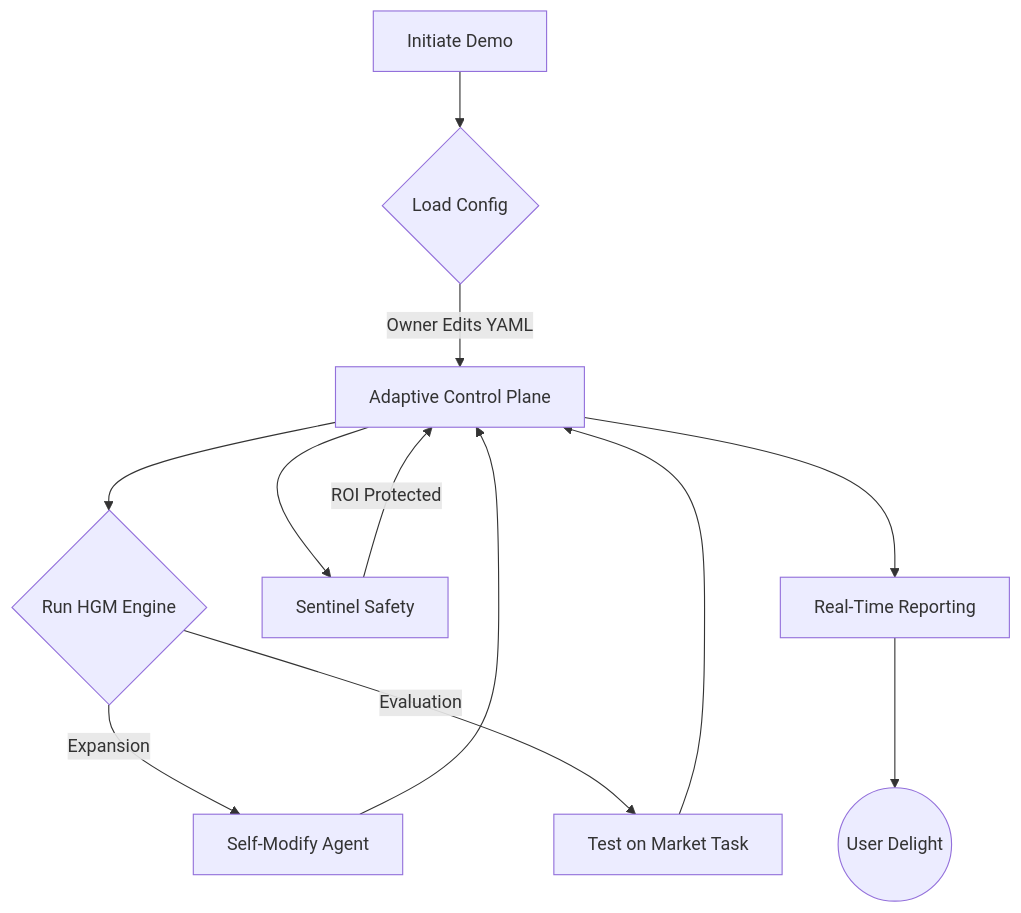
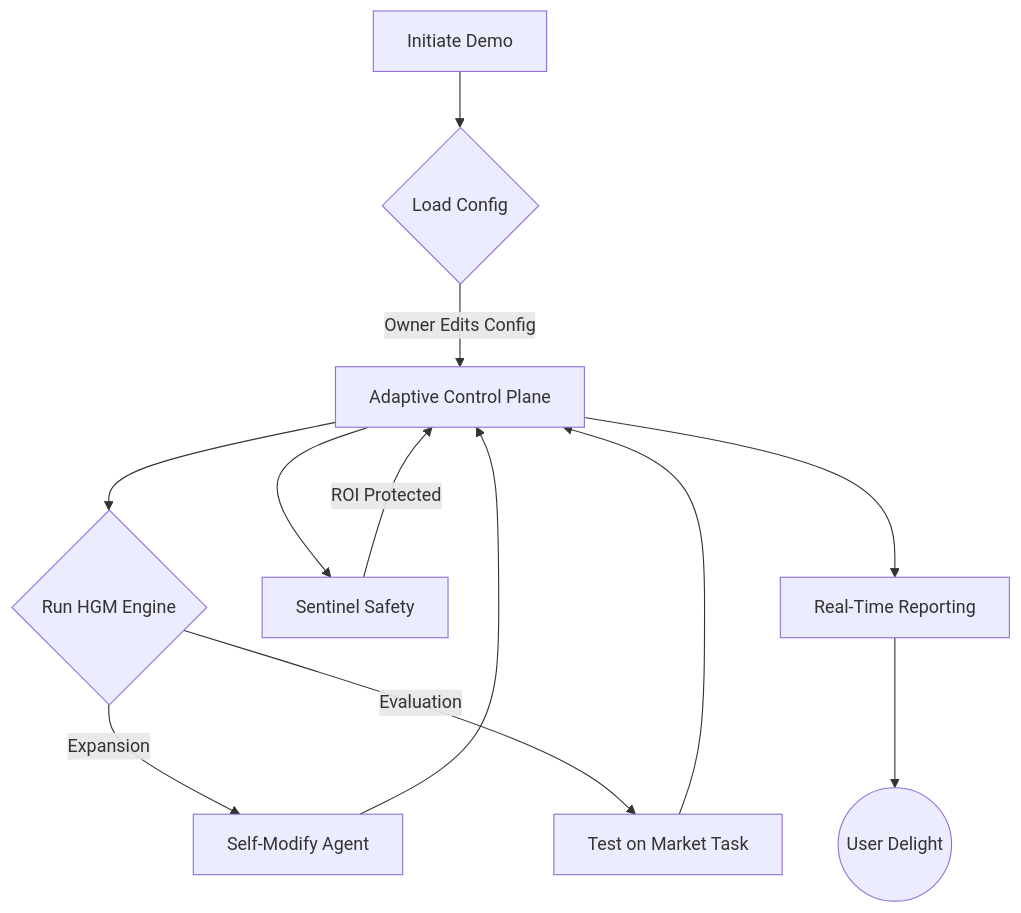
Before and after one commit to MontrealAI/AGIJobsv0: the first of 2 diagrams in demo/Huxley-Godel-Machine-v0/README.md, drawn with Mermaid. The commit also changed other lines of this file and 5 other files, not shown here.

Commit message:
Use JSON config to avoid optional PyYAML dependency

````diff
--- a/demo/Huxley-Godel-Machine-v0/README.md
+++ b/demo/Huxley-Godel-Machine-v0/README.md
@@ -11,14 +11,14 @@
 ```mermaid
 graph TD
     A[Initiate Demo] --> B{Load Config}
-    B -->|Owner Edits YAML| C[Adaptive Control Plane]
+    B -->|Owner Edits Config| C[Adaptive Control Plane]
     C --> D{Run HGM Engine}
     D -->|Expansion| E[Self-Modify Agent]
     D -->|Evaluation| F[Test on Market Task]
     E --> C
     F --> C
     C --> G[Sentinel Safety]
     G -->|ROI Protected| C
     C --> H[Real-Time Reporting]
     H --> I((User Delight))
 ```
````
